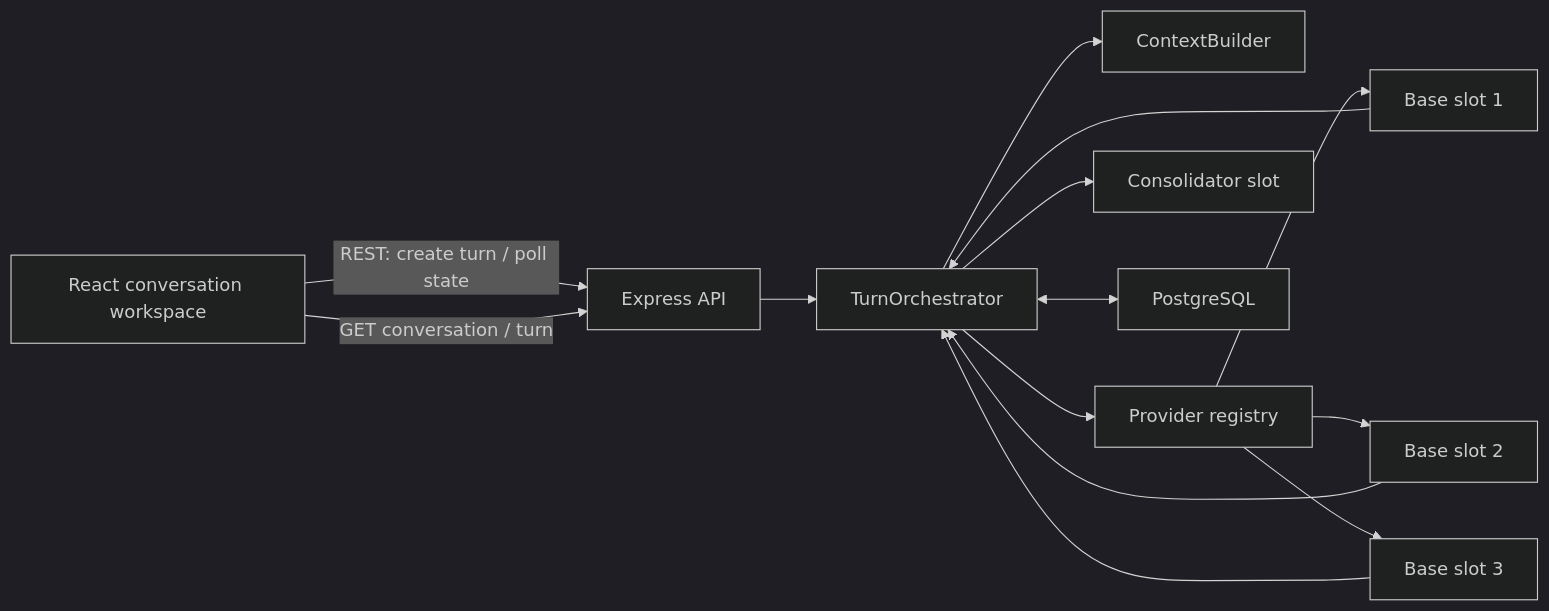
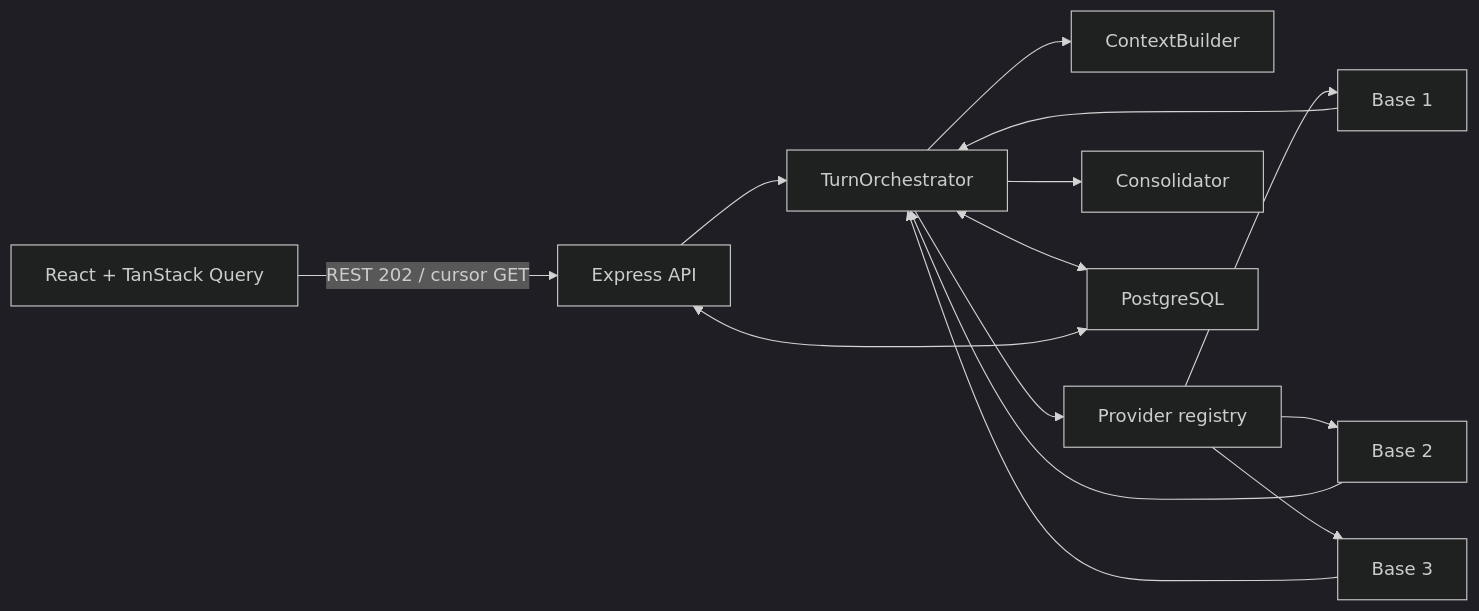
The diagram in specs/001-compare-llm-responses/plan.md (junforever/modelfuse), drawn with Mermaid (dark theme) before and after one commit. The commit also changed other lines of this file and 4 other files, not shown here.

````diff
--- a/specs/001-compare-llm-responses/plan.md
+++ b/specs/001-compare-llm-responses/plan.md
@@ -124,16 +109,16 @@
 ```mermaid
 flowchart LR
-    UI["React conversation workspace"] -->|"REST: create turn / poll state"| API["Express API"]
+    UI["React + TanStack Query"] -->|"REST 202 / cursor GET"| API["Express API"]
     API --> ORCH["TurnOrchestrator"]
     ORCH --> CTX["ContextBuilder"]
     ORCH --> REG["Provider registry"]
-    REG --> B1["Base slot 1"]
-    REG --> B2["Base slot 2"]
-    REG --> B3["Base slot 3"]
+    REG --> B1["Base 1"]
+    REG --> B2["Base 2"]
+    REG --> B3["Base 3"]
     B1 --> ORCH
     B2 --> ORCH
     B3 --> ORCH
-    ORCH --> INT["Consolidator slot"]
+    ORCH --> C["Consolidator"]
     ORCH <--> DB["PostgreSQL"]
-    UI -->|"GET conversation / turn"| API
+    API <--> DB
 ```
````
